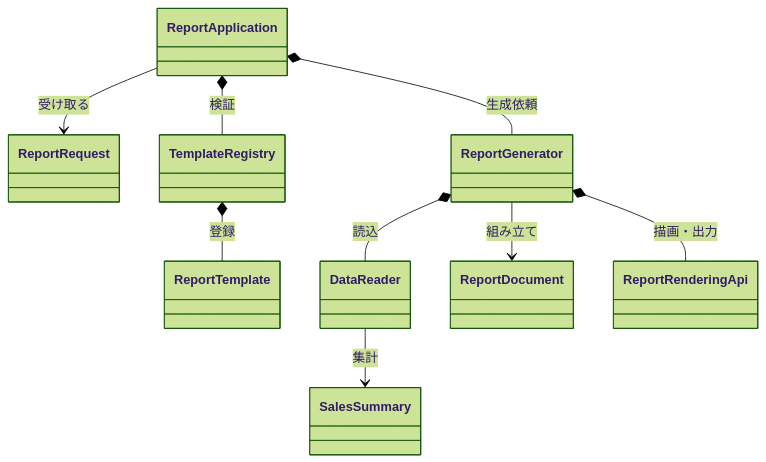
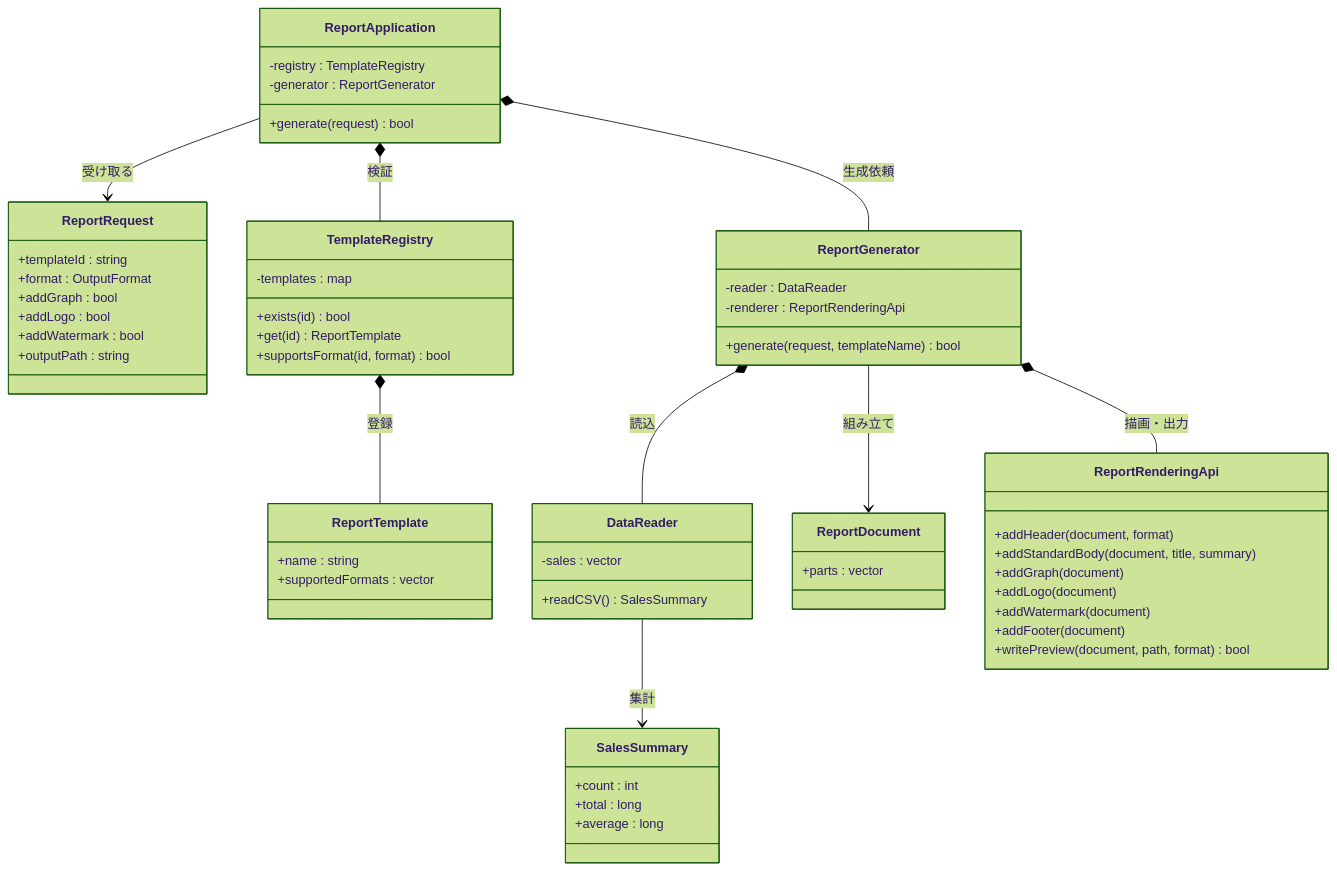
Before and after one commit to kumachan1101-pixel/DesignPattern: the third of 15 diagrams in kindle/design-patterns/output/chapter11.md, drawn with Mermaid (forest theme). The commit also changed other lines of this file and 4 other files, not shown here.

````diff
--- a/kindle/design-patterns/output/chapter11.md
+++ b/kindle/design-patterns/output/chapter11.md
@@ -137,25 +137,65 @@
 ```mermaid
 classDiagram
     direction TB
-    class ReportApplication
-    class ReportRequest
-    class TemplateRegistry
-    class ReportTemplate
-    class ReportGenerator
-    class DataReader
-    class SalesSummary
-    class ReportDocument
-    class ReportRenderingApi
+    class ReportApplication {
+        -registry : TemplateRegistry
+        -generator : ReportGenerator
+        +generate(request) bool
+    }
+    class ReportRequest {
+        +templateId : string
+        +format : OutputFormat
+        +addGraph : bool
+        +addLogo : bool
+        +addWatermark : bool
+        +outputPath : string
+    }
+    class TemplateRegistry {
+        -templates : map
+        +exists(id) bool
+        +get(id) ReportTemplate
+        +supportsFormat(id, format) bool
+    }
+    class ReportTemplate {
+        +name : string
+        +supportedFormats : vector
+    }
+    class ReportGenerator {
+        -reader : DataReader
+        -renderer : ReportRenderingApi
+        +generate(request, templateName) bool
+    }
+    class DataReader {
+        -sales : vector
+        +readCSV() SalesSummary
+    }
+    class SalesSummary {
+        +count : int
+        +total : long
+        +average : long
+    }
+    class ReportDocument {
+        +parts : vector
+    }
+    class ReportRenderingApi {
+        +addHeader(document, format)
+        +addStandardBody(document, title, summary)
+        +addGraph(document)
+        +addLogo(document)
+        +addWatermark(document)
+        +addFooter(document)
+        +writePreview(document, path, format) bool
+    }
 
     ReportApplication --> ReportRequest : 受け取る
     ReportApplication *-- TemplateRegistry : 検証
     TemplateRegistry *-- ReportTemplate : 登録
     ReportApplication *-- ReportGenerator : 生成依頼
     ReportGenerator *-- DataReader : 読込
     DataReader --> SalesSummary : 集計
     ReportGenerator --> ReportDocument : 組み立て
     ReportGenerator *-- ReportRenderingApi : 描画・出力
 
     classDef focus fill:#FFF2CC,stroke:#D6B656,stroke-width:2px,color:#222
     cssClass "ReportGenerator" focus
 ```
````
